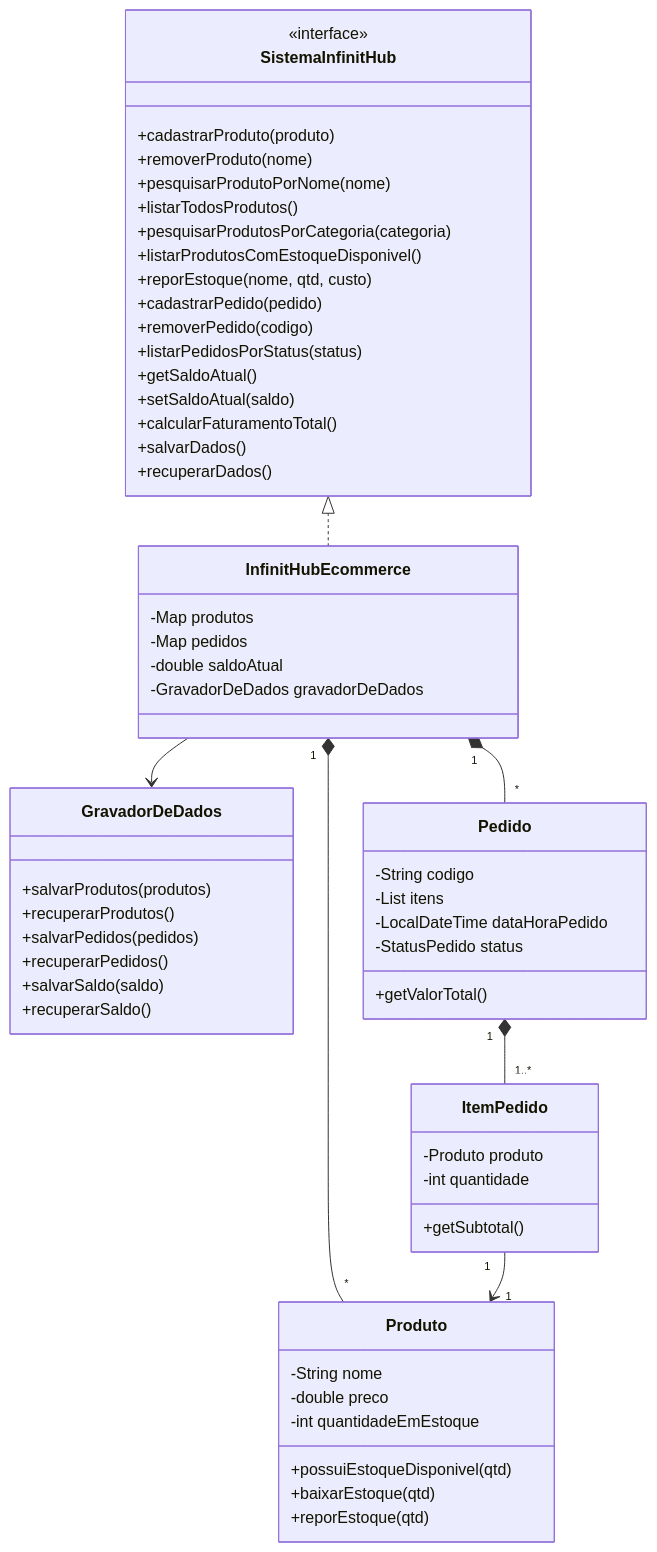
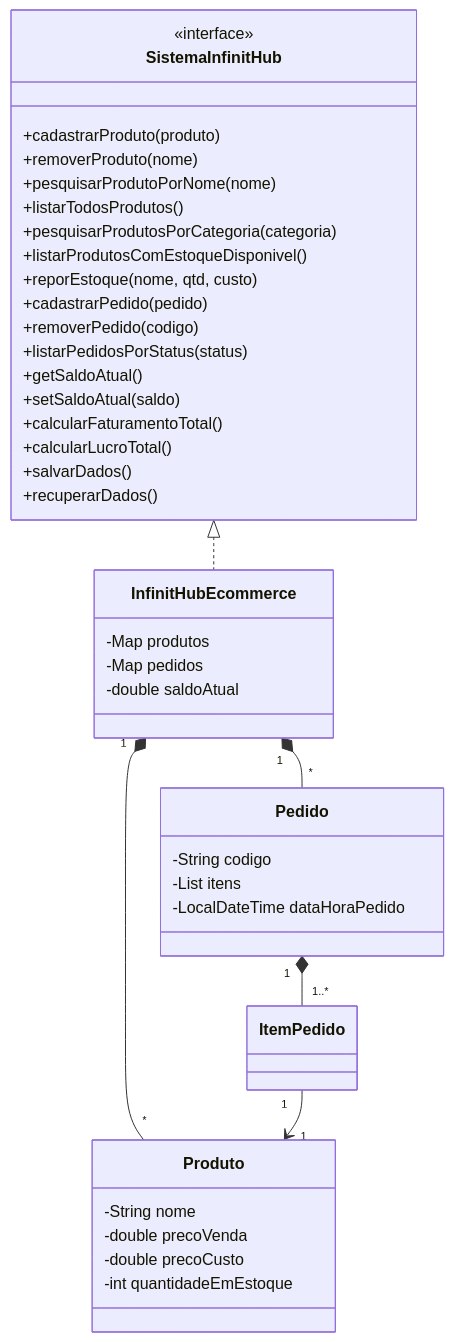
Before and after one commit to AbnerMatheus007/GestaoiHub-POO: the diagram in diagrama-uml.mmd, drawn with Mermaid. The commit also changed 6 other files, not shown here.

```diff
--- a/diagrama-uml.mmd
+++ b/diagrama-uml.mmd
@@ -1,65 +1,45 @@
 classDiagram
     class SistemaInfinitHub {
         <<interface>>
         +cadastrarProduto(produto)
         +removerProduto(nome)
         +pesquisarProdutoPorNome(nome)
         +listarTodosProdutos()
         +pesquisarProdutosPorCategoria(categoria)
         +listarProdutosComEstoqueDisponivel()
         +reporEstoque(nome, qtd, custo)
         +cadastrarPedido(pedido)
         +removerPedido(codigo)
         +listarPedidosPorStatus(status)
         +getSaldoAtual()
         +setSaldoAtual(saldo)
         +calcularFaturamentoTotal()
+        +calcularLucroTotal()
         +salvarDados()
         +recuperarDados()
     }
 
     class InfinitHubEcommerce {
         -Map produtos
         -Map pedidos
         -double saldoAtual
-        -GravadorDeDados gravadorDeDados
-    }
-
-    class GravadorDeDados {
-        +salvarProdutos(produtos)
-        +recuperarProdutos()
-        +salvarPedidos(pedidos)
-        +recuperarPedidos()
-        +salvarSaldo(saldo)
-        +recuperarSaldo()
     }
 
     class Produto {
         -String nome
-        -double preco
+        -double precoVenda
+        -double precoCusto
         -int quantidadeEmEstoque
-        +possuiEstoqueDisponivel(qtd)
-        +baixarEstoque(qtd)
-        +reporEstoque(qtd)
     }
 
     class Pedido {
         -String codigo
         -List itens
         -LocalDateTime dataHoraPedido
-        -StatusPedido status
-        +getValorTotal()
-    }
-
-    class ItemPedido {
-        -Produto produto
-        -int quantidade
-        +getSubtotal()
     }
 
     SistemaInfinitHub <|.. InfinitHubEcommerce
-    InfinitHubEcommerce --> GravadorDeDados
     InfinitHubEcommerce "1" *-- "*" Produto
     InfinitHubEcommerce "1" *-- "*" Pedido
     Pedido "1" *-- "1..*" ItemPedido
     ItemPedido "1" --> "1" Produto
```
